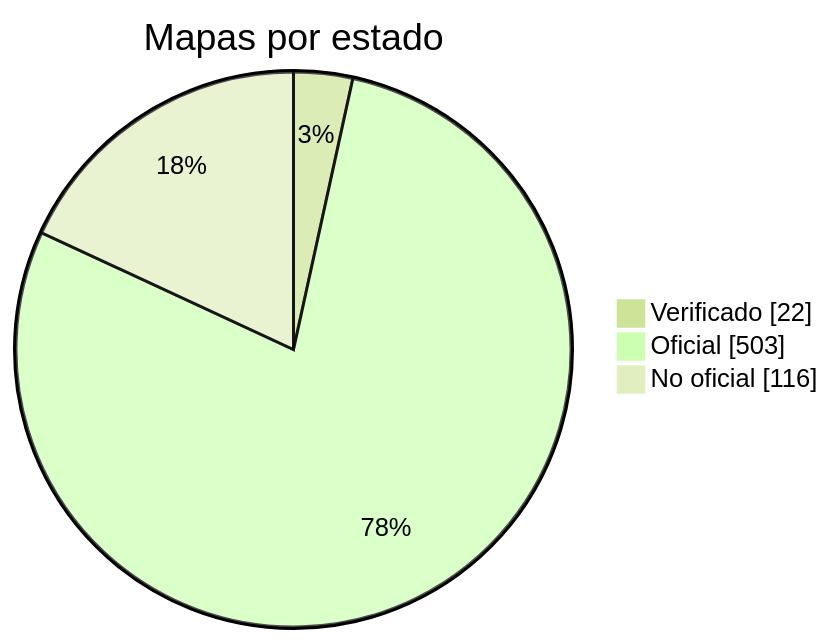
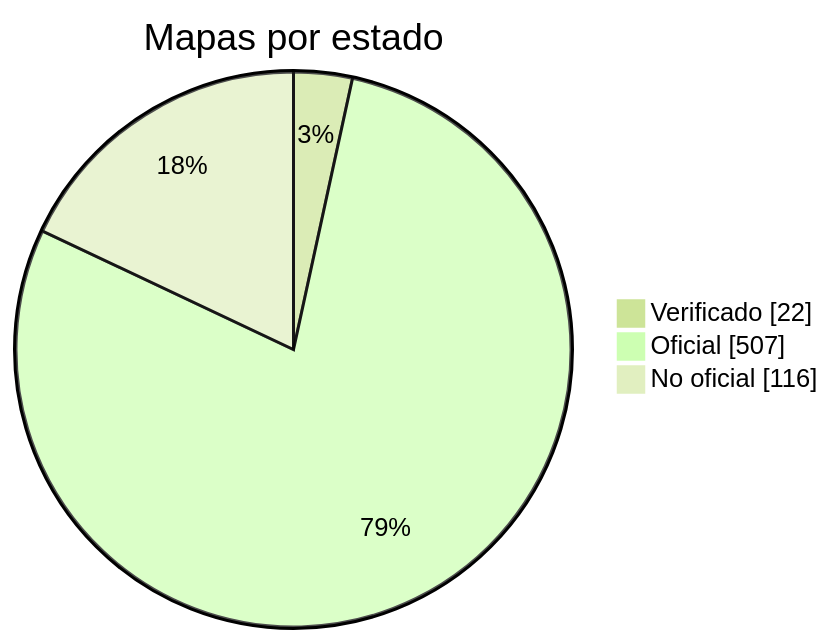
Before and after one commit to nobrega8/mbmap-library: the diagram in docs/readme/README_ES.md, drawn with Mermaid (forest theme). The commit also changed 9 other files, not shown here.

````diff
--- a/docs/readme/README_ES.md
+++ b/docs/readme/README_ES.md
@@ -54,7 +54,7 @@
 ```mermaid
 pie showData
     title Mapas por estado
     "Verificado" : 22
-    "Oficial" : 503
+    "Oficial" : 507
     "No oficial" : 116
 ```
````
